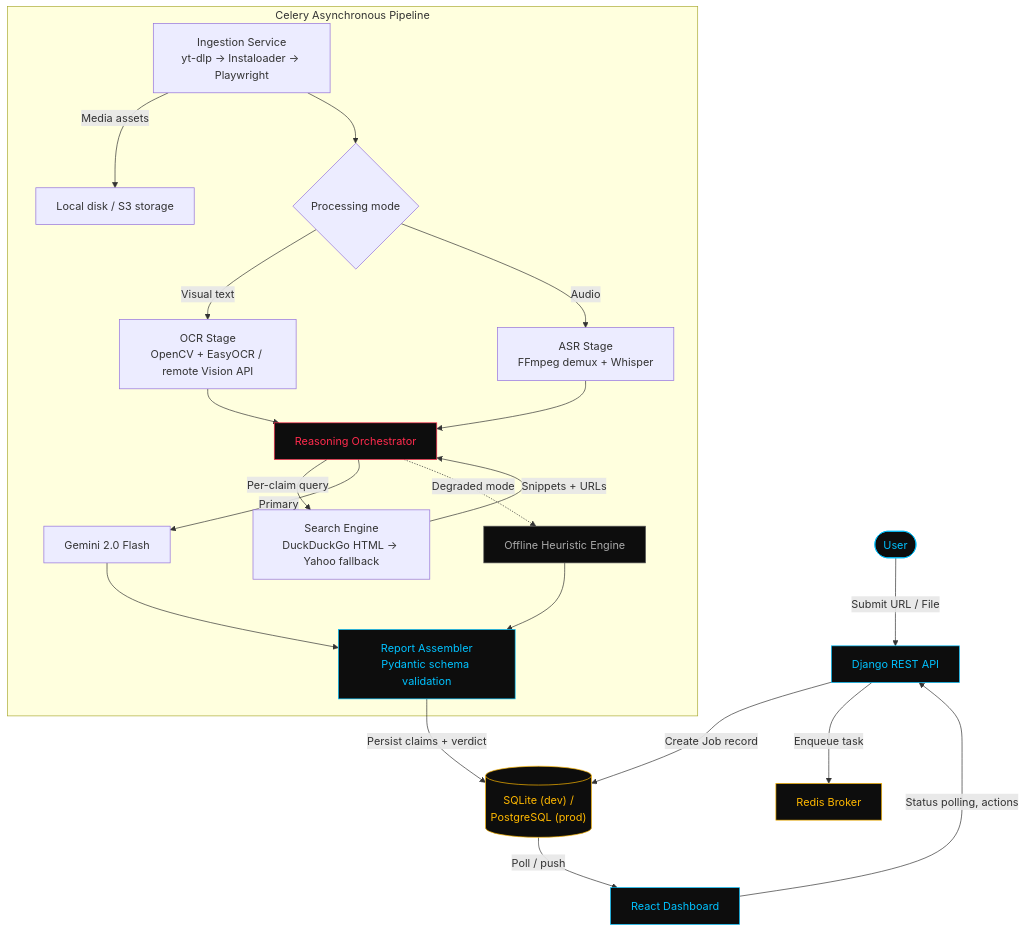
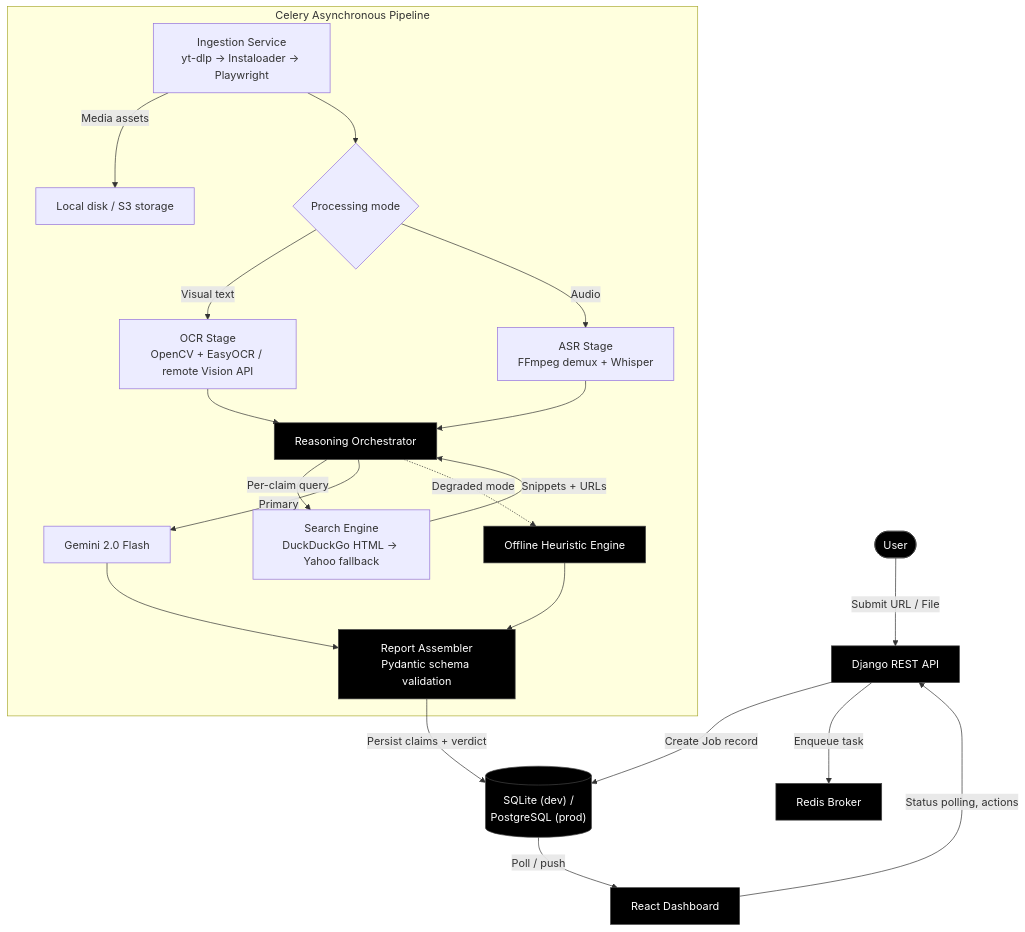
One commit to imMohammedSahil/Eden changed the first of 3 diagrams in README.md. Above: the diagram before and after it, drawn with Mermaid.

Commit message:
Section 2 diagram: remove coloured styles, plain black bg + grey border

````diff
--- a/README.md
+++ b/README.md
@@ -65,34 +65,34 @@
 ```mermaid
 flowchart TD
     U(["User"]) -->|Submit URL / File| API["Django REST API"]
     API -->|Create Job record| DB[("SQLite (dev) /\nPostgreSQL (prod)")]
     API -->|Enqueue task| REDIS["Redis Broker"]
 
     subgraph PIPE["Celery Asynchronous Pipeline"]
         ING["Ingestion Service\nyt-dlp -> Instaloader -> Playwright"] -->|Media assets| STORE["Local disk / S3 storage"]
         ING --> MODE{"Processing mode"}
         MODE -->|Visual text| OCR["OCR Stage\nOpenCV + EasyOCR / remote Vision API"]
         MODE -->|Audio| ASR["ASR Stage\nFFmpeg demux + Whisper"]
         OCR --> ORCH["Reasoning Orchestrator"]
         ASR --> ORCH
         ORCH -->|Per-claim query| SEARCH["Search Engine\nDuckDuckGo HTML -> Yahoo fallback"]
         SEARCH -->|Snippets + URLs| ORCH
         ORCH -->|Primary| GEMINI["Gemini 2.0 Flash"]
         ORCH -.->|Degraded mode| HEURISTIC["Offline Heuristic Engine"]
         GEMINI --> REPORT["Report Assembler\nPydantic schema validation"]
         HEURISTIC --> REPORT
     end
 
     REPORT -->|Persist claims + verdict| DB
     DB -->|Poll / push| UI["React Dashboard"]
     UI -->|Status polling, actions| API
 
-    style U fill:#0d0d0d,stroke:#00c2ff,color:#00c2ff
-    style API fill:#0d0d0d,stroke:#00c2ff,color:#00c2ff
-    style DB fill:#0d0d0d,stroke:#ffb800,color:#ffb800
-    style REDIS fill:#0d0d0d,stroke:#ffb800,color:#ffb800
-    style ORCH fill:#0d0d0d,stroke:#ff2b4d,color:#ff2b4d
-    style REPORT fill:#0d0d0d,stroke:#00c2ff,color:#00c2ff
-    style HEURISTIC fill:#0d0d0d,stroke:#5a5a5a,color:#aaaaaa
-    style UI fill:#0d0d0d,stroke:#00c2ff,color:#00c2ff
+    style U fill:#000000,stroke:#444444,color:#ffffff
+    style API fill:#000000,stroke:#444444,color:#ffffff
+    style DB fill:#000000,stroke:#444444,color:#ffffff
+    style REDIS fill:#000000,stroke:#444444,color:#ffffff
+    style ORCH fill:#000000,stroke:#444444,color:#ffffff
+    style REPORT fill:#000000,stroke:#444444,color:#ffffff
+    style HEURISTIC fill:#000000,stroke:#444444,color:#ffffff
+    style UI fill:#000000,stroke:#444444,color:#ffffff
 ```
````
